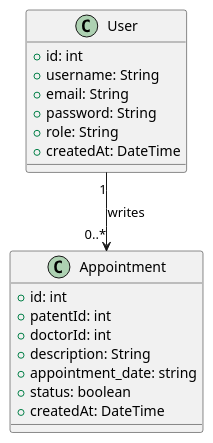
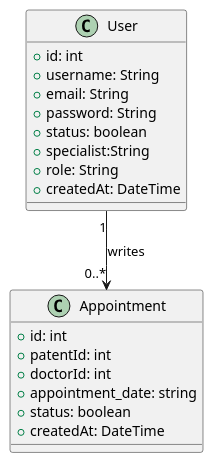
The diagram in UML/ClassDiagram.puml (5asul/booking-system-backend), drawn with PlantUML before and after one commit. The commit also changed 7 other files, not shown here.

```diff
--- a/UML/ClassDiagram.puml
+++ b/UML/ClassDiagram.puml
@@ -1,27 +1,28 @@
 @startuml
 class User {
   +id: int
   +username: String
   +email: String
   +password: String
+  +status: boolean
+  +specialist:String
   +role: String
   +createdAt: DateTime
 }
 
 class Appointment {
   +id: int
   +patentId: int 
   +doctorId: int
-  +description: String
   +appointment_date: string
   +status: boolean
   +createdAt: DateTime
 }
 
 
 
 
 
 User "1" --> "0..*" Appointment : writes
  
 @enduml
```
